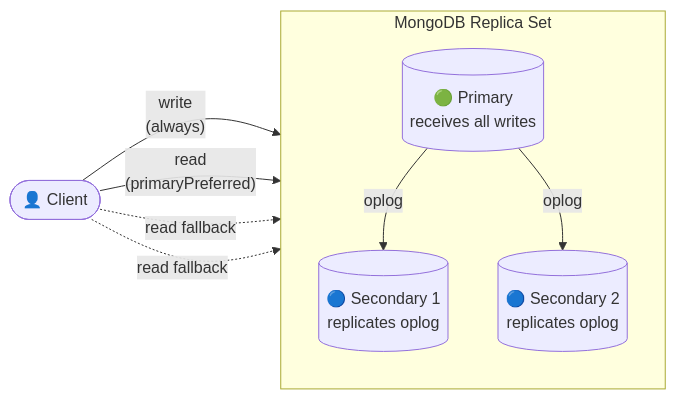
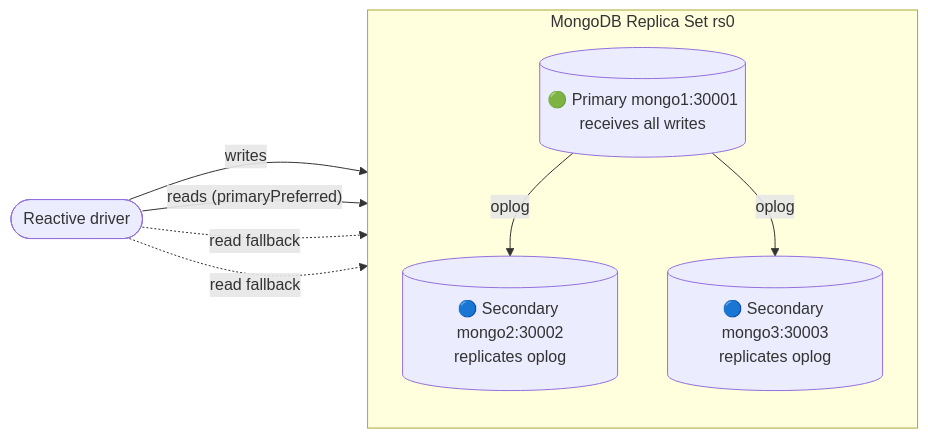
The fourth of 4 diagrams in readme.md (mrzodeczko-dev/Archived-Reactive-RESTful-API-with-Spring-Webflux), drawn with Mermaid before and after one commit. The commit also changed other lines of this file, not shown here.

````diff
--- a/readme.md
+++ b/readme.md
@@ -269,18 +437,18 @@
 ```mermaid
 flowchart LR
-    Client(["👤 Client"])
+    Client(["Reactive driver"])
 
-    subgraph ReplicaSet["MongoDB Replica Set"]
+    subgraph ReplicaSet["MongoDB Replica Set rs0"]
         direction TB
-        P[("🟢 Primary\nreceives all writes")]
-        S1[("🔵 Secondary 1\nreplicates oplog")]
-        S2[("🔵 Secondary 2\nreplicates oplog")]
+        P[("🟢 Primary mongo1:30001<br/>receives all writes")]
+        S1[("🔵 Secondary mongo2:30002<br/>replicates oplog")]
+        S2[("🔵 Secondary mongo3:30003<br/>replicates oplog")]
         P -- oplog --> S1
         P -- oplog --> S2
     end
 
-    Client -- "write\n(always)" --> P
-    Client -- "read\n(primaryPreferred)" --> P
+    Client -- "writes" --> P
+    Client -- "reads (primaryPreferred)" --> P
     Client -. "read fallback" .-> S1
     Client -. "read fallback" .-> S2
 ```
````
